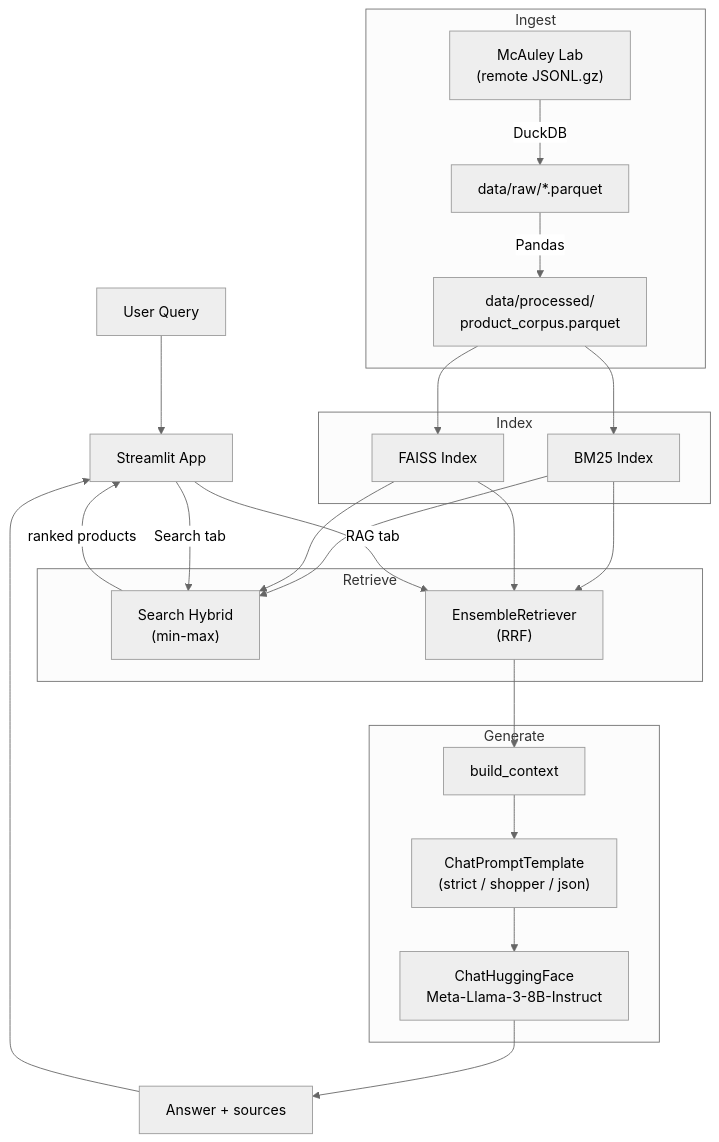
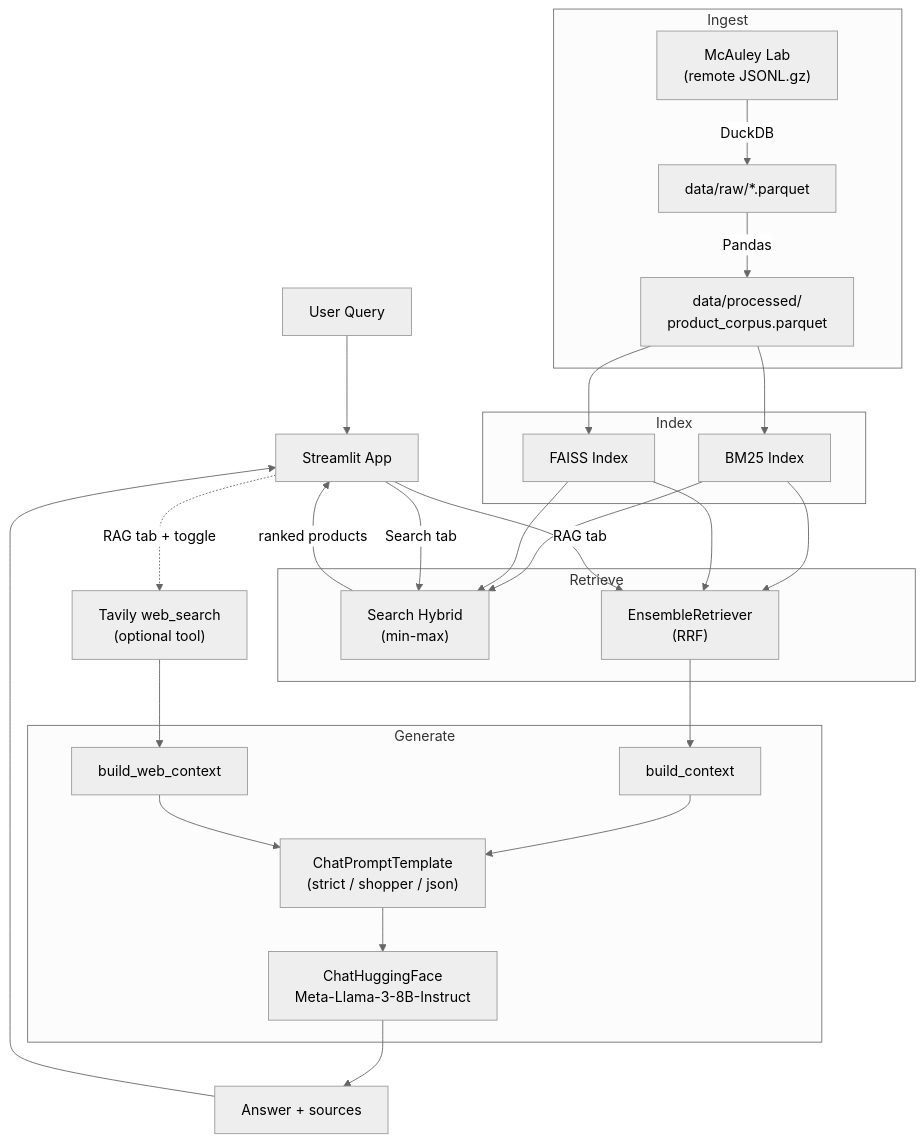
One commit to UBC-MDS/DSCI_575_project_willchh_jiromig changed the diagram in README.md. Above: the diagram before and after it, drawn with Mermaid (neutral theme). The commit also changed other lines of this file, not shown here.

Commit message:
docs(readme): add web_search tool to mermaid and promote env-vars section

````diff
--- a/README.md
+++ b/README.md
@@ -24,39 +24,43 @@
 ```mermaid
 flowchart TD
     F["User Query"] --> G["Streamlit App"]
 
     subgraph Ingest
         A["McAuley Lab<br/>(remote JSONL.gz)"] -->|DuckDB| B["data/raw/*.parquet"]
         B -->|Pandas| C["data/processed/<br/>product_corpus.parquet"]
     end
 
     subgraph Index
         D["BM25 Index"]
         E["FAISS Index"]
     end
 
     subgraph Retrieve
         Hybrid["Search Hybrid<br/>(min-max)"]
         Ens["EnsembleRetriever<br/>(RRF)"]
     end
 
     subgraph Generate
         Ctx["build_context"] --> Tmpl["ChatPromptTemplate<br/>(strict / shopper / json)"]
+        WCtx["build_web_context"] --> Tmpl
         Tmpl --> LLM["ChatHuggingFace<br/>Meta-Llama-3-8B-Instruct"]
     end
+
+    Web["Tavily web_search<br/>(optional tool)"] --> WCtx
 
     C --> D
     C --> E
     D --> Hybrid
     E --> Hybrid
     D --> Ens
     E --> Ens
 
     G -->|Search tab| Hybrid
     G -->|RAG tab| Ens
+    G -.->|RAG tab + toggle| Web
     Ens --> Ctx
     LLM --> Ans["Answer + sources"]
 
     Hybrid -->|ranked products| G
     Ans --> G
 ```
````
